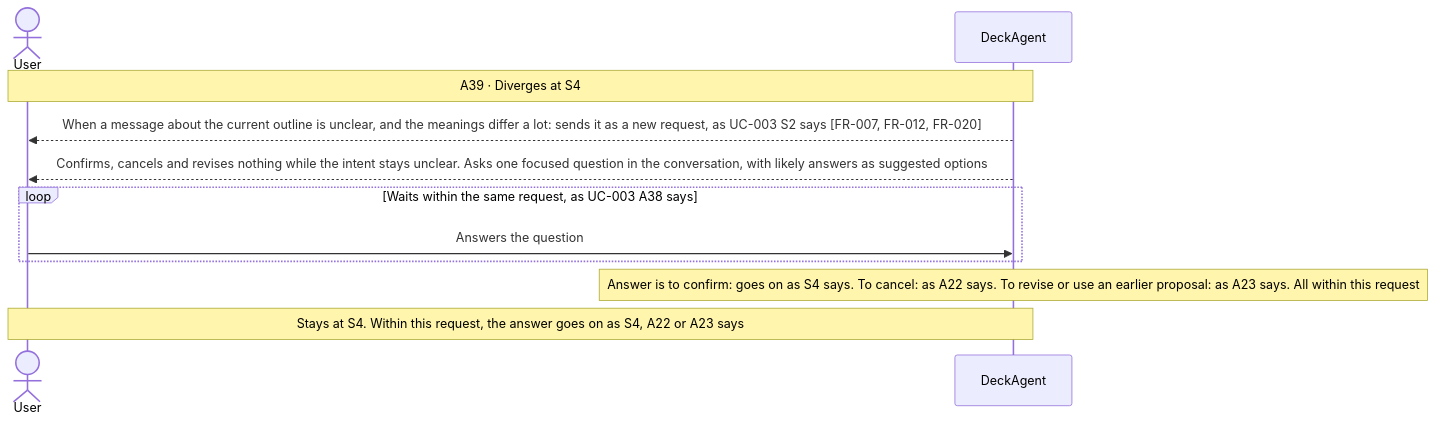
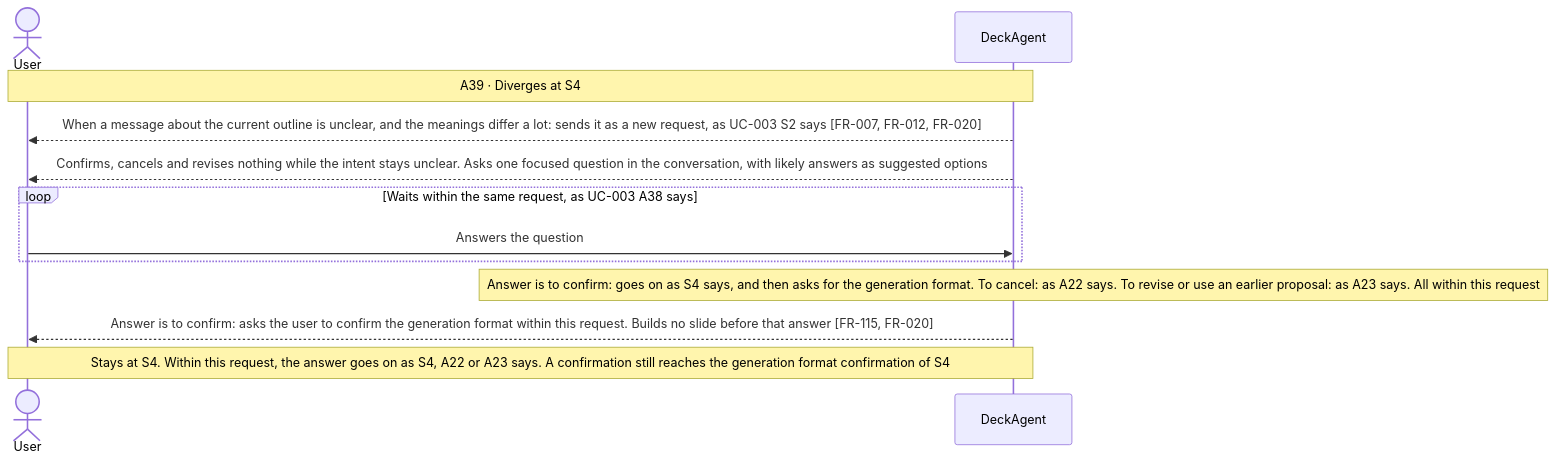
Diagram 22 of 32 in docs/spec/03-use-cases/UC-001.md (Luke23127006/DeckAgent), drawn with Mermaid before and after one commit. The commit also changed other lines of this file and 25 other files, not shown here.

First line of the commit message:
docs(spec): add generation format confirmation and deck export rules

````diff
--- a/docs/spec/03-use-cases/UC-001.md
+++ b/docs/spec/03-use-cases/UC-001.md
@@ -376,13 +389,14 @@
 ```mermaid
 sequenceDiagram
     actor User
     participant DeckAgent
     Note over User,DeckAgent: A39 · Diverges at S4
     DeckAgent-->>User: When a message about the current outline is unclear, and the meanings differ a lot: sends it as a new request, as UC-003 S2 says [FR-007, FR-012, FR-020]
     DeckAgent-->>User: Confirms, cancels and revises nothing while the intent stays unclear. Asks one focused question in the conversation, with likely answers as suggested options
     loop Waits within the same request, as UC-003 A38 says
         User->>DeckAgent: Answers the question
     end
-    note over DeckAgent: Answer is to confirm: goes on as S4 says. To cancel: as A22 says. To revise or use an earlier proposal: as A23 says. All within this request
-    Note over User,DeckAgent: Stays at S4. Within this request, the answer goes on as S4, A22 or A23 says
+    note over DeckAgent: Answer is to confirm: goes on as S4 says, and then asks for the generation format. To cancel: as A22 says. To revise or use an earlier proposal: as A23 says. All within this request
+    DeckAgent-->>User: Answer is to confirm: asks the user to confirm the generation format within this request. Builds no slide before that answer [FR-115, FR-020]
+    Note over User,DeckAgent: Stays at S4. Within this request, the answer goes on as S4, A22 or A23 says. A confirmation still reaches the generation format confirmation of S4
 ```
````
